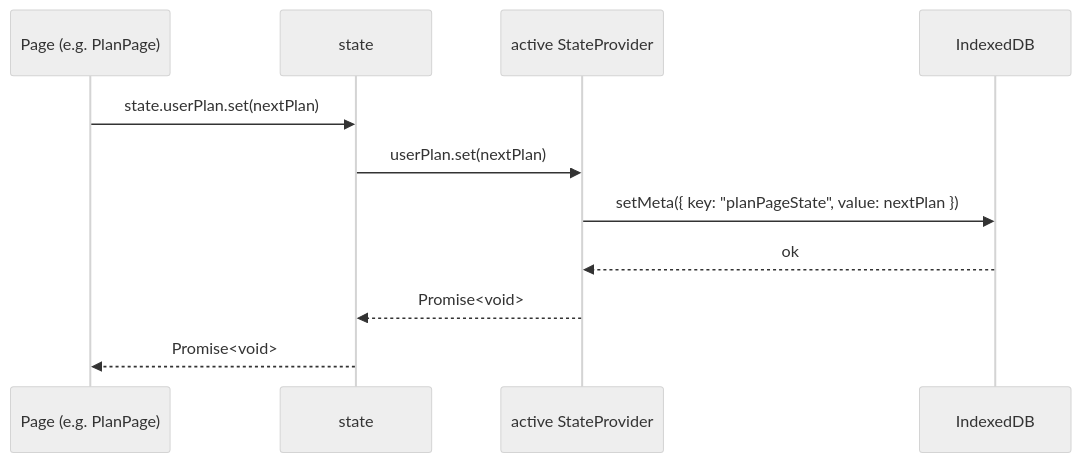
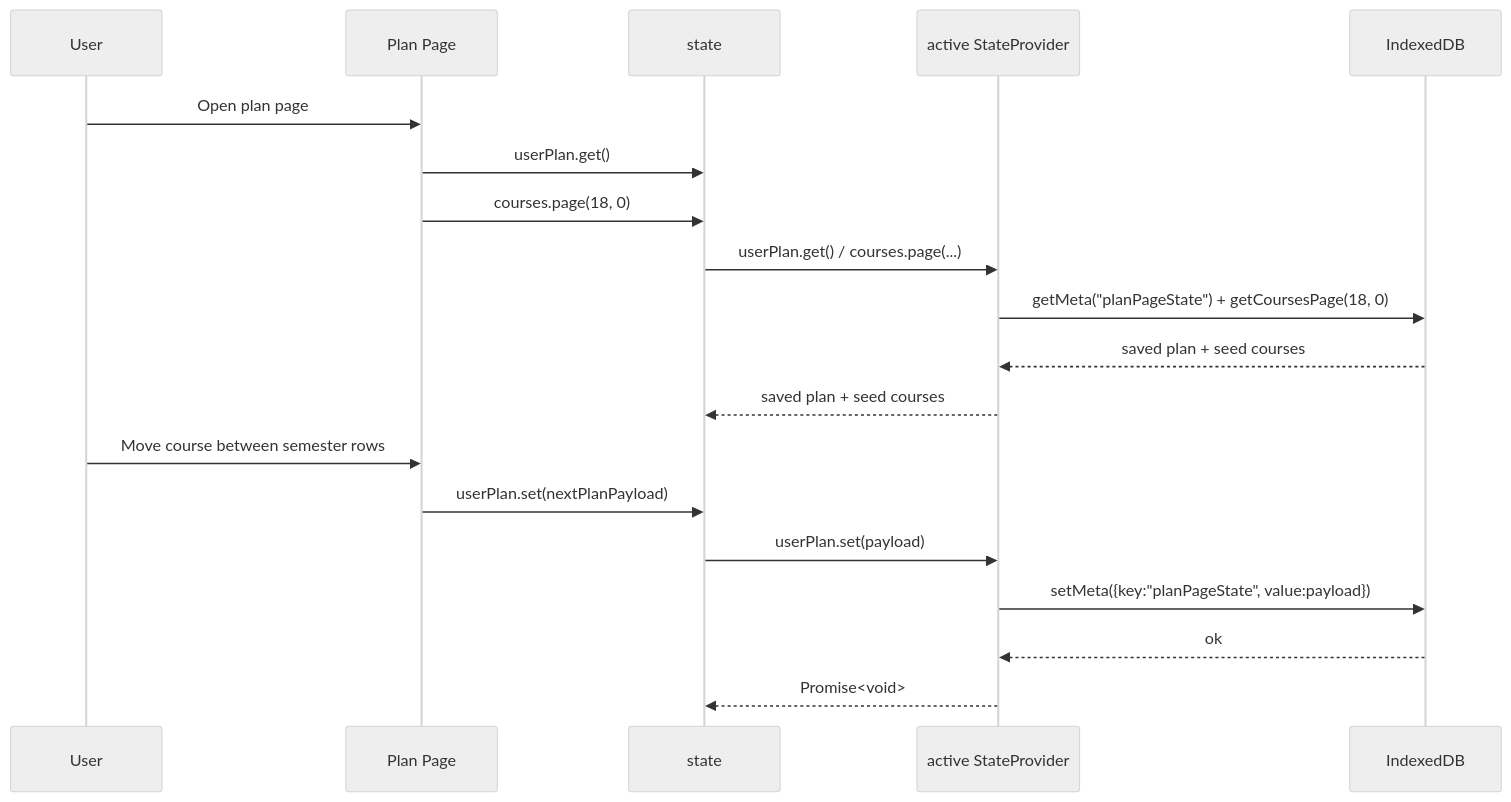
The sixth of 8 diagrams in src/lib/stateManagement.md (selfint/planit), drawn with Mermaid (neutral theme) before and after one commit. The commit also changed other lines of this file and 9 other files, not shown here.

````diff
--- a/src/lib/stateManagement.md
+++ b/src/lib/stateManagement.md
@@ -112,14 +298,22 @@
 ```mermaid
 sequenceDiagram
-  participant Page as Page (e.g. PlanPage)
-  participant State as state
-  participant Provider as active StateProvider
+  participant U as User
+  participant P as Plan Page
+  participant S as state
+  participant SP as active StateProvider
   participant DB as IndexedDB
 
-  Page->>State: state.userPlan.set(nextPlan)
-  State->>Provider: userPlan.set(nextPlan)
-  Provider->>DB: setMeta({ key: "planPageState", value: nextPlan })
-  DB-->>Provider: ok
-  Provider-->>State: Promise<void>
-  State-->>Page: Promise<void>
+  U->>P: Open plan page
+  P->>S: userPlan.get()
+  P->>S: courses.page(18, 0)
+  S->>SP: userPlan.get() / courses.page(...)
+  SP->>DB: getMeta("planPageState") + getCoursesPage(18, 0)
+  DB-->>SP: saved plan + seed courses
+  SP-->>S: saved plan + seed courses
+  U->>P: Move course between semester rows
+  P->>S: userPlan.set(nextPlanPayload)
+  S->>SP: userPlan.set(payload)
+  SP->>DB: setMeta({key:"planPageState", value:payload})
+  DB-->>SP: ok
+  SP-->>S: Promise<void>
 ```
````
